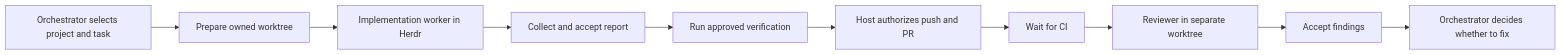
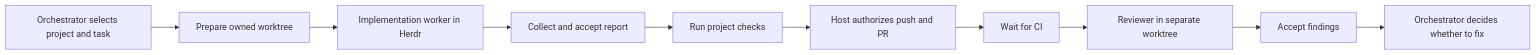
The diagram in docs/user-workflow.md (adriankopytko/astack), drawn with Mermaid before and after one commit. The commit also changed other lines of this file and 14 other files, not shown here.

````diff
--- a/docs/user-workflow.md
+++ b/docs/user-workflow.md
@@ -13,12 +13,12 @@
 ```mermaid
 flowchart LR
     A[Orchestrator selects project and task] --> B[Prepare owned worktree]
     B --> C[Implementation worker in Herdr]
     C --> D[Collect and accept report]
-    D --> E[Run approved verification]
+    D --> E[Run project checks]
     E --> F[Host authorizes push and PR]
     F --> G[Wait for CI]
     G --> H[Reviewer in separate worktree]
     H --> I[Accept findings]
     I --> J[Orchestrator decides whether to fix]
 ```
````
